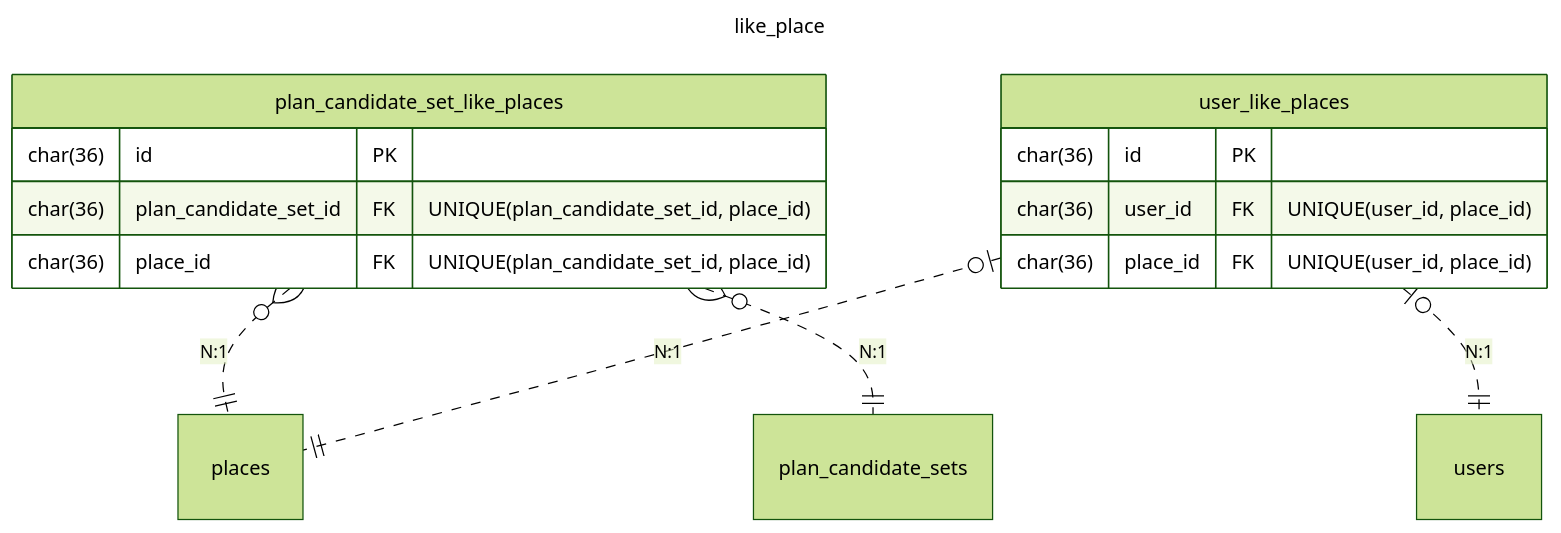
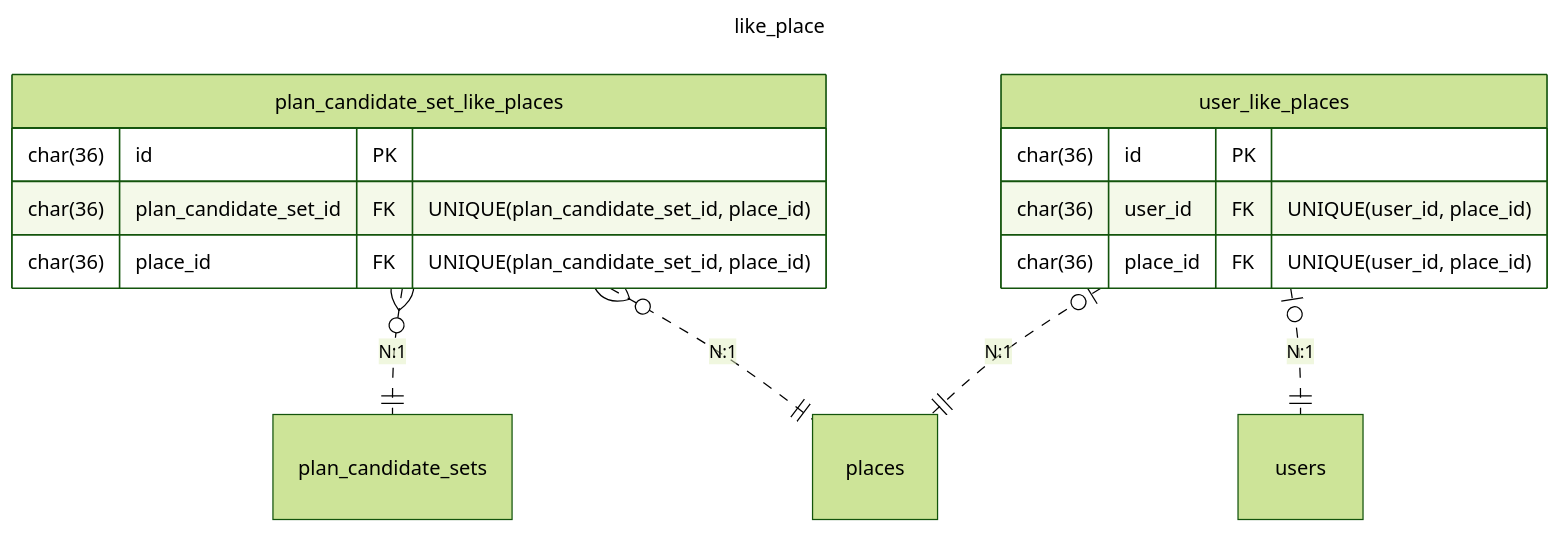
Before and after one commit to poroto-app/planner: the sixth of 6 diagrams in doc/database/er.md, drawn with Mermaid (forest theme).

Commit message:
refactor(doc): 描画される図が見やすいように修正

````diff
--- a/doc/database/er.md
+++ b/doc/database/er.md
@@ -212,22 +212,22 @@
 ```mermaid
 ---
 title: like_place
 ---
 erDiagram
     plan_candidate_set_like_places {
         char(36) id PK
         char(36) plan_candidate_set_id FK "UNIQUE(plan_candidate_set_id, place_id)"
         char(36) place_id FK "UNIQUE(plan_candidate_set_id, place_id)"
     }
     
     user_like_places {
         char(36) id PK
         char(36) user_id FK "UNIQUE(user_id, place_id)"
         char(36) place_id FK "UNIQUE(user_id, place_id)"
     }
 
-    plan_candidate_set_like_places }o..|| places: "N:1"
     plan_candidate_set_like_places }o..|| plan_candidate_sets: "N:1"
+  plan_candidate_set_like_places }o..|| places: "N:1"
     user_like_places o|..|| places: "N:1"
     user_like_places o|..|| users: "N:1"
 ```
````
